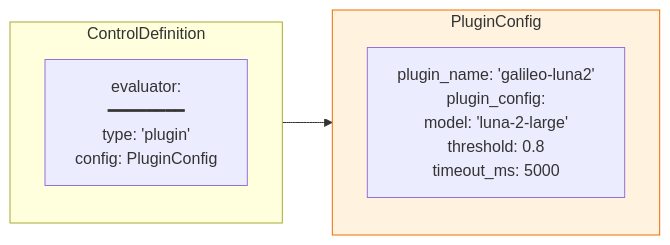
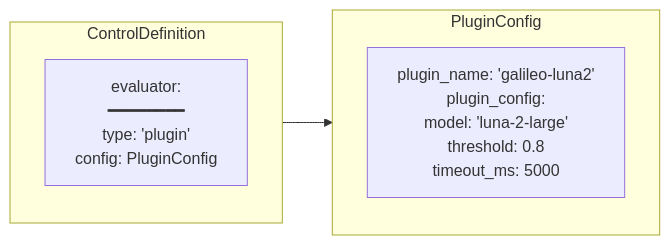
One commit to agentcontrol/agent-control changed the fourth of 9 diagrams in diagrams/09-plugin-system.md. Above: the diagram before and after it, drawn with Mermaid. The commit also changed other lines of this file and 9 other files, not shown here.

````diff
--- a/diagrams/09-plugin-system.md
+++ b/diagrams/09-plugin-system.md
@@ -114,14 +106,12 @@
 ```mermaid
 flowchart LR
     subgraph control["ControlDefinition"]
         evaluator["evaluator:<br/>━━━━━━━━<br/>type: 'plugin'<br/>config: PluginConfig"]
     end
 
     subgraph config["PluginConfig"]
         pc["plugin_name: 'galileo-luna2'<br/>plugin_config:<br/>  model: 'luna-2-large'<br/>  threshold: 0.8<br/>  timeout_ms: 5000"]
     end
 
     control --> config
-
-    style config fill:#fff3e0,stroke:#ef6c00
 ```
````
